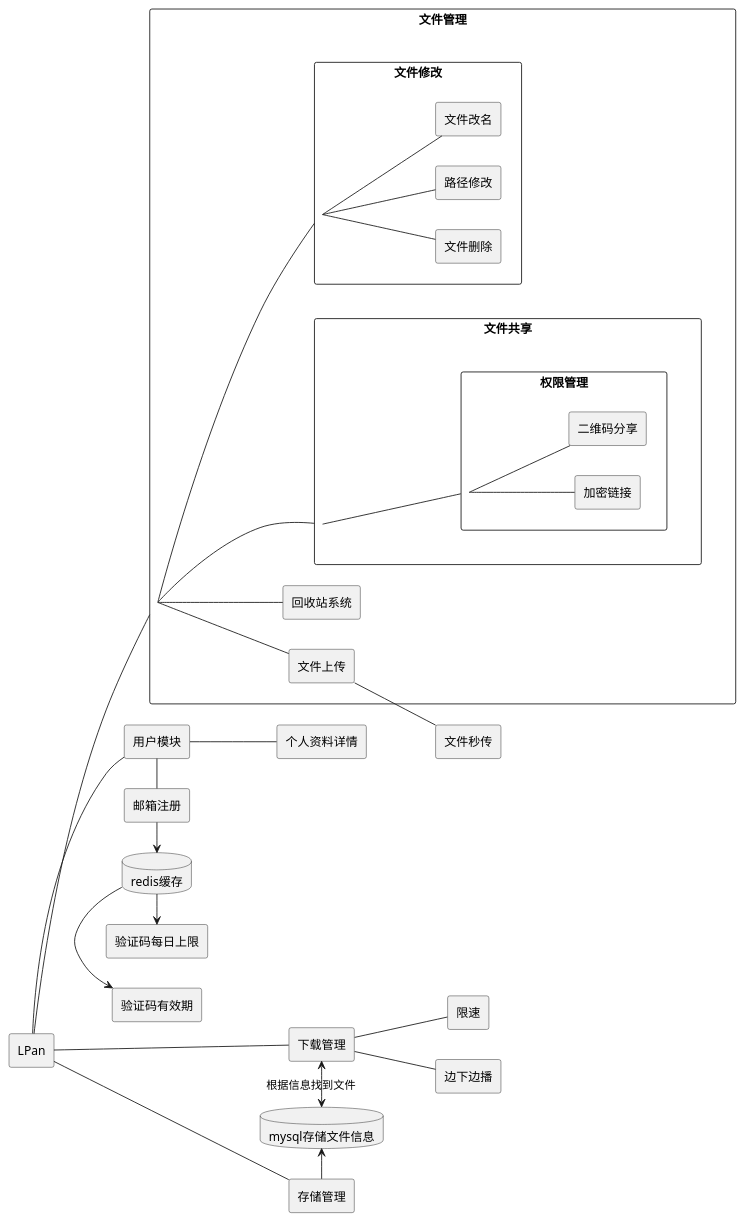
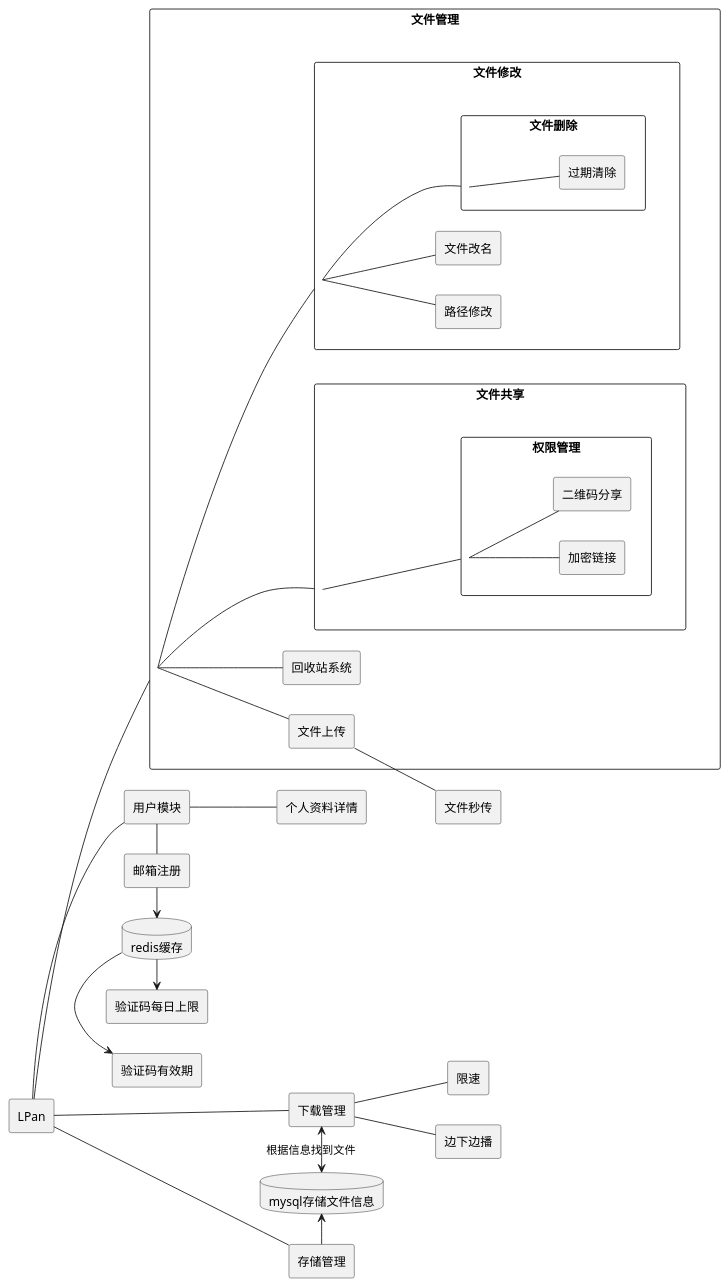
Before and after one commit to lluckyboi/LPan: the diagram in LPan.puml, drawn with PlantUML. The commit also changed 1 other file, not shown here.

```diff
--- a/LPan.puml
+++ b/LPan.puml
@@ -1,95 +1,98 @@
 @startuml
 left to right direction
 skinparam packageStyle rectangle
 
 rectangle  LPan
 
 
 rectangle 用户模块{
     LPan -- 用户模块
 }
 rectangle 邮箱注册{
     用户模块 - 邮箱注册
 }
 database redis[
     redis缓存
 ]
 redis ->验证码有效期
 redis ->验证码每日上限
 邮箱注册 -> redis
 rectangle 验证码有效期{
 }
 rectangle 验证码每日上限{
 }
 rectangle 个人资料详情{
     用户模块  -- 个人资料详情
 }
 
 
 
 
 rectangle 存储管理{
     LPan -- 存储管理
 }
 database mysql[
 mysql存储文件信息
 ]
 mysql <- 存储管理
 
 下载管理<->mysql:根据信息找到文件
 
 
 
 rectangle 文件管理{
     LPan -- 文件管理
 }
 rectangle 文件管理{
    文件管理--文件共享
    文件管理--文件修改
    文件管理--文件上传
    文件管理--回收站系统
 }
 rectangle 文件修改{
     文件修改--文件删除
     文件修改--路径修改
     文件修改--文件改名
 }
 rectangle 文件删除{
+文件删除--过期清除
+}
+rectangle 过期清除{
 }
 rectangle 路径修改{
 }
 rectangle 文件改名{
 }
 
 rectangle 文件上传{
 }
 rectangle 回收站系统{
 }
 rectangle 文件共享{
     文件共享 -- 权限管理
 }
 rectangle 权限管理 {
     权限管理--加密链接
     权限管理--二维码分享
 }
 rectangle 加密链接{
 }
 rectangle 二维码分享{
 }
 
 
 
 rectangle 下载管理{
     LPan---下载管理
 }
 rectangle 限速{
    下载管理--限速
 }
 rectangle 边下边播{
    下载管理--边下边播
 }
 rectangle 文件秒传{
     文件上传--文件秒传
 }
 
 @enduml
```
